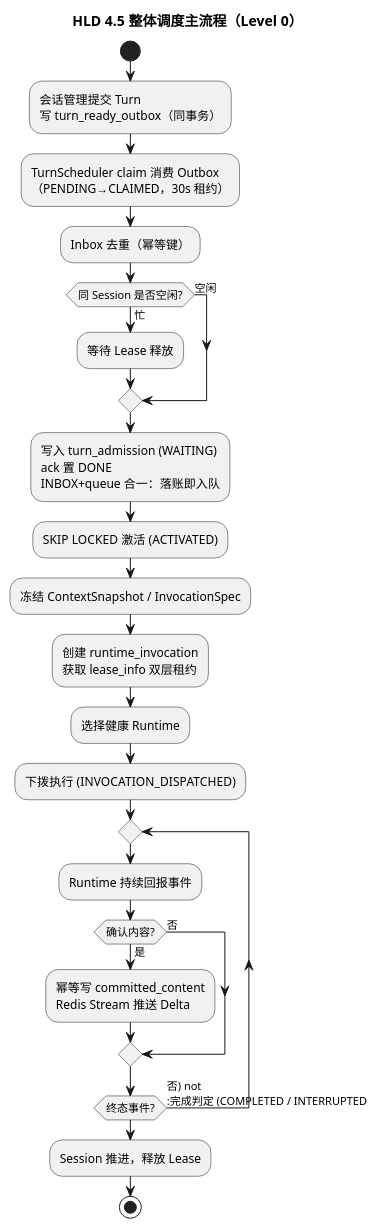
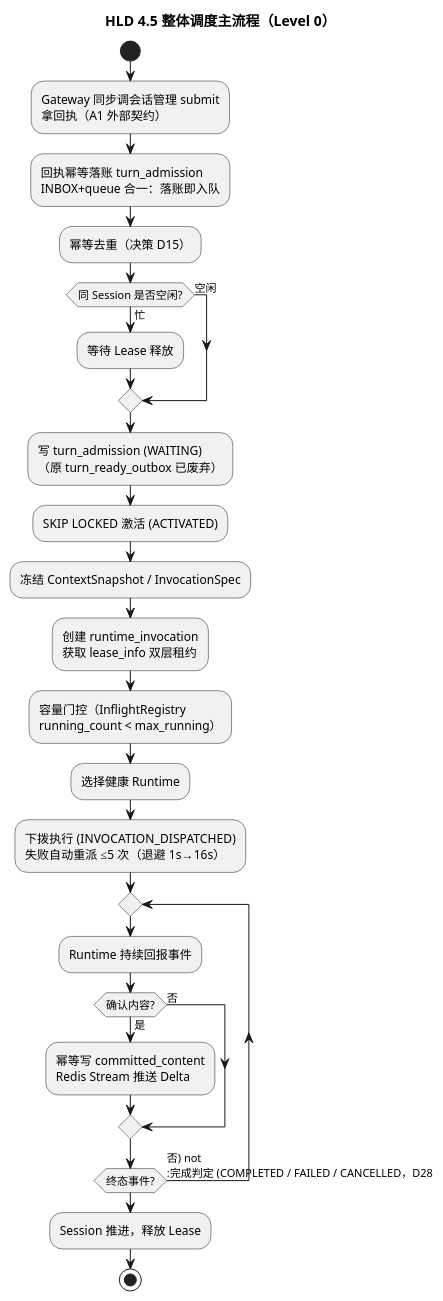
The fifth of 7 diagrams in design/diagrams/plantuml/turn-scheduler-hld.puml (JamesLi-NLP/AgentGateway), drawn with PlantUML before and after one commit. The commit also changed other lines of this file and 13 other files, not shown here.

```diff
--- a/design/diagrams/plantuml/turn-scheduler-hld.puml
+++ b/design/diagrams/plantuml/turn-scheduler-hld.puml
@@ -160,30 +162,31 @@
 @startuml hld-45-level0
 title HLD 4.5 整体调度主流程（Level 0）
 skinparam backgroundColor white
 skinparam defaultFontName "Microsoft YaHei"
 
 start
-:会话管理提交 Turn\n写 turn_ready_outbox（同事务）;
-:TurnScheduler claim 消费 Outbox\n（PENDING→CLAIMED，30s 租约）;
-:Inbox 去重（幂等键）;
+:Gateway 同步调会话管理 submit\n拿回执（A1 外部契约）;
+:回执幂等落账 turn_admission\nINBOX+queue 合一：落账即入队;
+:幂等去重（决策 D15）;
 if (同 Session 是否空闲?) then (忙)
   :等待 Lease 释放;
 else (空闲)
 endif
-:写入 turn_admission (WAITING)\nack 置 DONE\nINBOX+queue 合一：落账即入队;
+:写 turn_admission (WAITING)\n（原 turn_ready_outbox 已废弃）;
 :SKIP LOCKED 激活 (ACTIVATED);
 :冻结 ContextSnapshot / InvocationSpec;
 :创建 runtime_invocation\n获取 lease_info 双层租约;
+:容量门控（InflightRegistry\nrunning_count < max_running）;
 :选择健康 Runtime;
-:下拨执行 (INVOCATION_DISPATCHED);
+:下拨执行 (INVOCATION_DISPATCHED)\n失败自动重派 ≤5 次（退避 1s→16s）;
 repeat
   :Runtime 持续回报事件;
   if (确认内容?) then (是)
     :幂等写 committed_content\nRedis Stream 推送 Delta;
   else (否)
   endif
 repeat while (终态事件?) is (否) not
-:完成判定 (COMPLETED / INTERRUPTED);
+:完成判定 (COMPLETED / FAILED / CANCELLED，D28);
 :Session 推进，释放 Lease;
 stop
 @enduml
```
